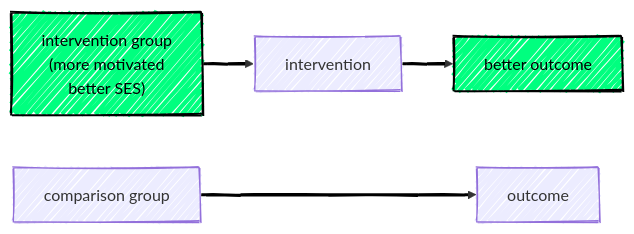
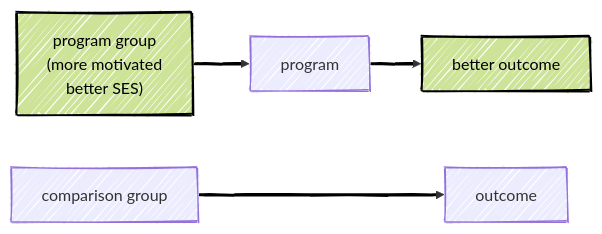
The eighth of 8 diagrams in multivariate/multivariate.qmd (agrogan1/closeread), drawn with Mermaid before and after one commit. The commit also changed other lines of this file and 2 other files, not shown here.

Commit message:
added classDef forestgreen; "intervention" --> "program"

````diff
--- a/multivariate/multivariate.qmd
+++ b/multivariate/multivariate.qmd
@@ -280,20 +299,22 @@
 ```{mermaid}
 ---
 config:
   look: handDrawn
   theme: default
 ---
 
 flowchart LR
 
-  interventiongroup["intervention group <br>(more motivated <br>better SES)"]:::springgreen --> intervention
+  programgroup["program group <br>(more motivated <br>better SES)"]:::forestgreen --> program
 
-  intervention[intervention] --> outcome1[better outcome]:::springgreen
+  program[program] --> outcome1[better outcome]:::forestgreen
 
   comparisongroup["comparison group"] ---> outcome0[outcome]
 
   linkStyle 0,1,2 stroke:#000000,stroke-width:3px,font-size:36px,color:black;
 
   classDef springgreen fill:#00FF7F,stroke:#000000,stroke-width:2px,color:#000000;
   
+  classDef forestgreen fill:#CDE498,stroke:#000000,stroke-width:2px,color:#000000;
+  
 ```
````
